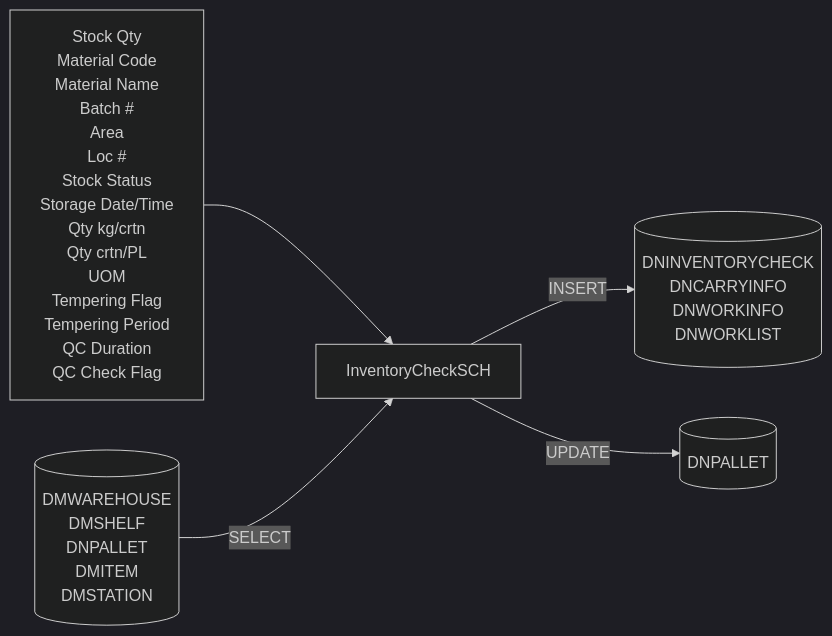
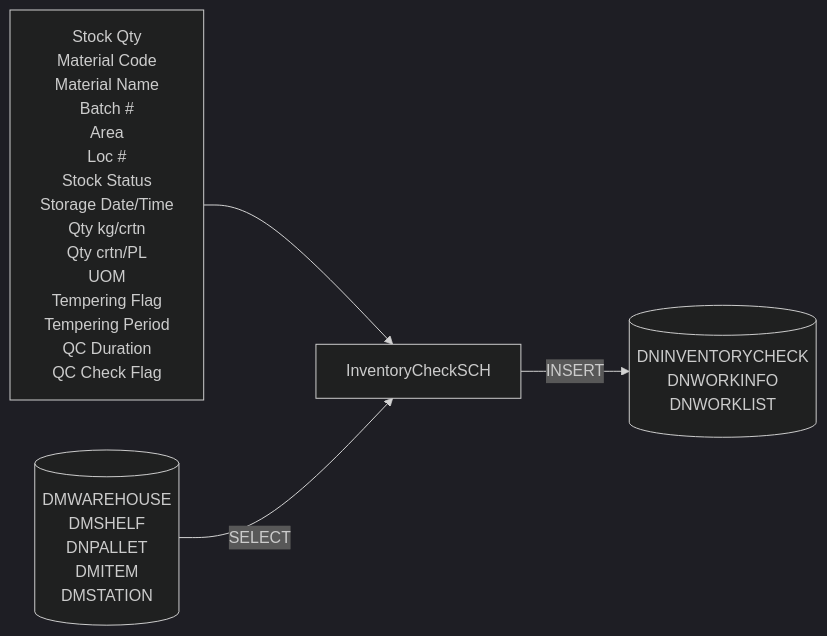
The fifth of 22 diagrams in Basic-Design/DFD-WMS/Inventory-Check/Inventory-Check-from-Ambient-Area.md (luthfiadityaa/SimeDarby-Wiki), drawn with Mermaid (dark theme) before and after one commit. The commit also changed other lines of this file, not shown here.

```diff
--- a/Basic-Design/DFD-WMS/Inventory-Check/Inventory-Check-from-Ambient-Area.md
+++ b/Basic-Design/DFD-WMS/Inventory-Check/Inventory-Check-from-Ambient-Area.md
@@ -71,44 +121,39 @@
 ::: mermaid
 flowchart LR
     input[
         Stock Qty
         Material Code
         Material Name
         Batch #
         Area
         Loc #
         Stock Status
         Storage Date/Time
         Qty kg/crtn
         Qty crtn/PL
         UOM
         Tempering Flag
         Tempering Period
         QC Duration
         QC Check Flag
     ]
 
     tableList-insert[("
         DNINVENTORYCHECK
-        DNCARRYINFO
         DNWORKINFO
         DNWORKLIST
     ")]
 
      tableList-select[("
         DMWAREHOUSE
         DMSHELF
         DNPALLET
         DMITEM
         DMSTATION
     ")]
-    tableList-update[("
-        DNPALLET
-    ")]
 
     className[InventoryCheckSCH]
 
     input --> className --> |INSERT| tableList-insert
-    className --> |UPDATE| tableList-update
     tableList-select --> |SELECT| className
 :::
```
